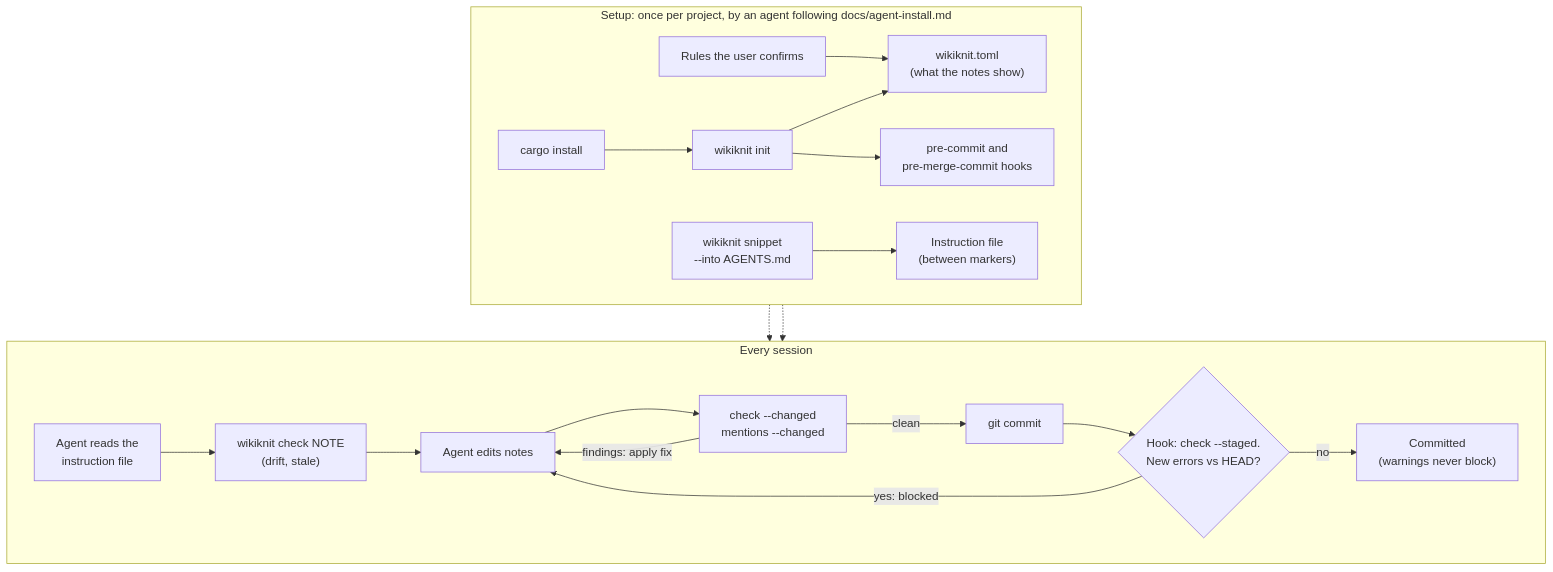
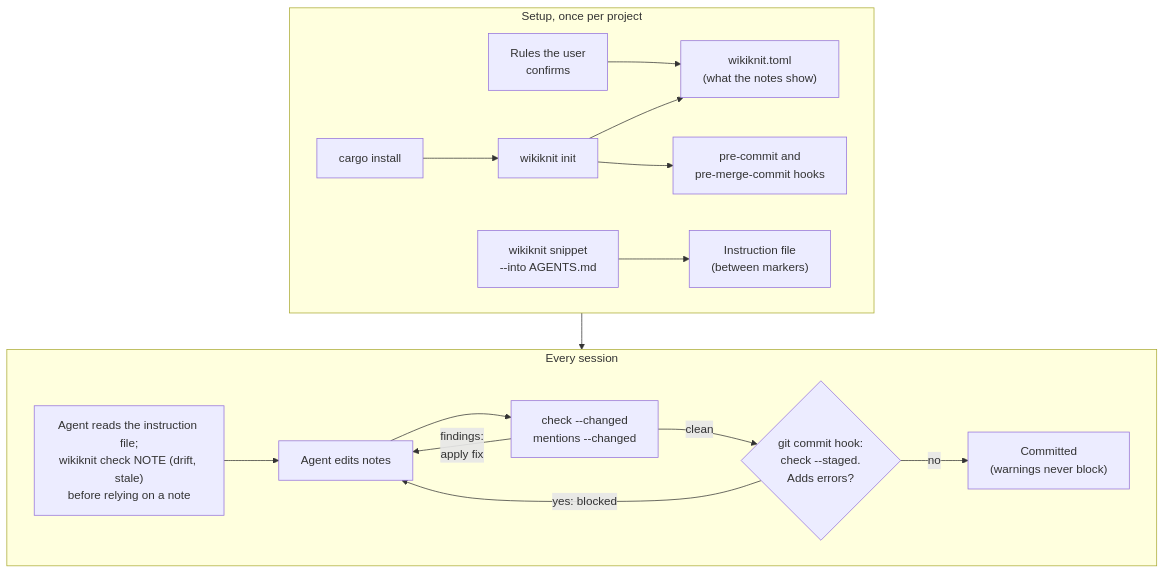
Before and after one commit to victor-kwak/wikiknit: the diagram in README.md, drawn with Mermaid. The commit also changed other lines of this file, not shown here.

Commit message:
docs: diagram in two rows (setup, every session)

````diff
--- a/README.md
+++ b/README.md
@@ -28,21 +28,20 @@
 ```mermaid
 flowchart TB
-  subgraph setup["Setup: once per project, by an agent following docs/agent-install.md"]
+  subgraph setup["Setup, once per project"]
     direction LR
     B["cargo install"] --> I["wikiknit init"]
     I --> C["wikiknit.toml<br/>(what the notes show)"]
     I --> H["pre-commit and<br/>pre-merge-commit hooks"]
-    Q["Rules the user confirms"] --> C
-    S["wikiknit snippet<br/>--into AGENTS.md"] --> F["Instruction file<br/>(between markers)"]
+    Q["Rules the user<br/>confirms"] --> C
+    S["wikiknit snippet<br/>#45;#45;into AGENTS.md"] --> F["Instruction file<br/>(between markers)"]
   end
   subgraph work["Every session"]
     direction LR
-    L["Agent reads the<br/>instruction file"] --> R["wikiknit check NOTE<br/>(drift, stale)"] --> E["Agent edits notes"] --> X["check --changed<br/>mentions --changed"]
-    X -->|"findings: apply fix"| E
-    X -->|clean| G["git commit"] --> K{"Hook: check --staged.<br/>New errors vs HEAD?"}
+    L["Agent reads the instruction file;<br/>wikiknit check NOTE (drift, stale)<br/>before relying on a note"] --> E["Agent edits notes"] --> X["check #45;#45;changed<br/>mentions #45;#45;changed"]
+    X -->|"findings:<br/>apply fix"| E
+    X -->|clean| K{"git commit hook:<br/>check #45;#45;staged.<br/>Adds errors?"}
     K -->|"yes: blocked"| E
     K -->|no| D["Committed<br/>(warnings never block)"]
   end
-  F -.-> L
-  H -.-> K
+  setup --> work
 ```
````
